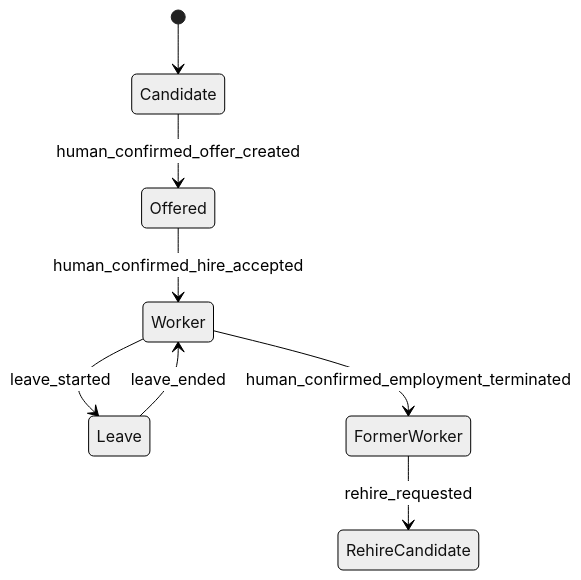
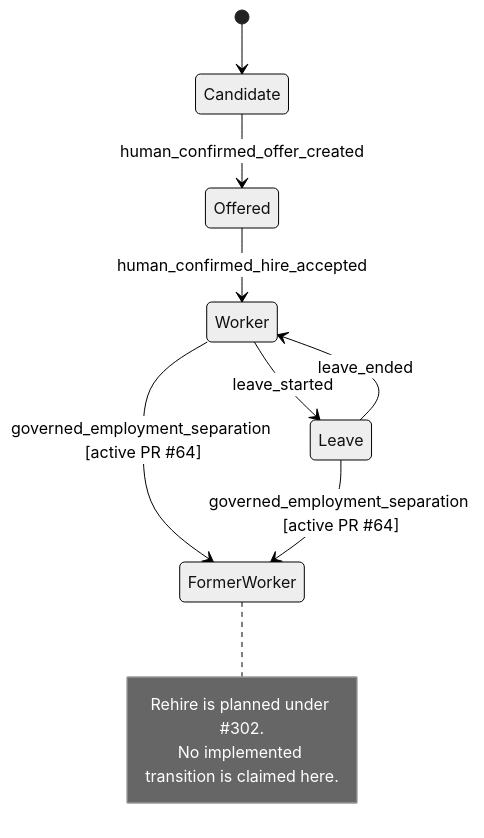
The third of 5 diagrams in docs/UML.md (ContextualWisdomLab/Orgmetra), drawn with Mermaid (neutral theme) before and after one commit. The commit also changed other lines of this file, not shown here.

Commit message:
docs(people): show governed separation lifecycle

````diff
--- a/docs/UML.md
+++ b/docs/UML.md
@@ -81,10 +81,14 @@
 ```mermaid
 stateDiagram-v2
     [*] --> Candidate
     Candidate --> Offered: human_confirmed_offer_created
     Offered --> Worker: human_confirmed_hire_accepted
     Worker --> Leave: leave_started
     Leave --> Worker: leave_ended
-    Worker --> FormerWorker: human_confirmed_employment_terminated
-    FormerWorker --> RehireCandidate: rehire_requested
+    Worker --> FormerWorker: governed_employment_separation [active PR #64]
+    Leave --> FormerWorker: governed_employment_separation [active PR #64]
+    note right of FormerWorker
+        Rehire is planned under #302.
+        No implemented transition is claimed here.
+    end note
 ```
````
